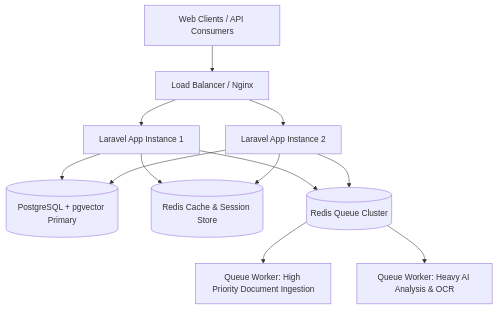
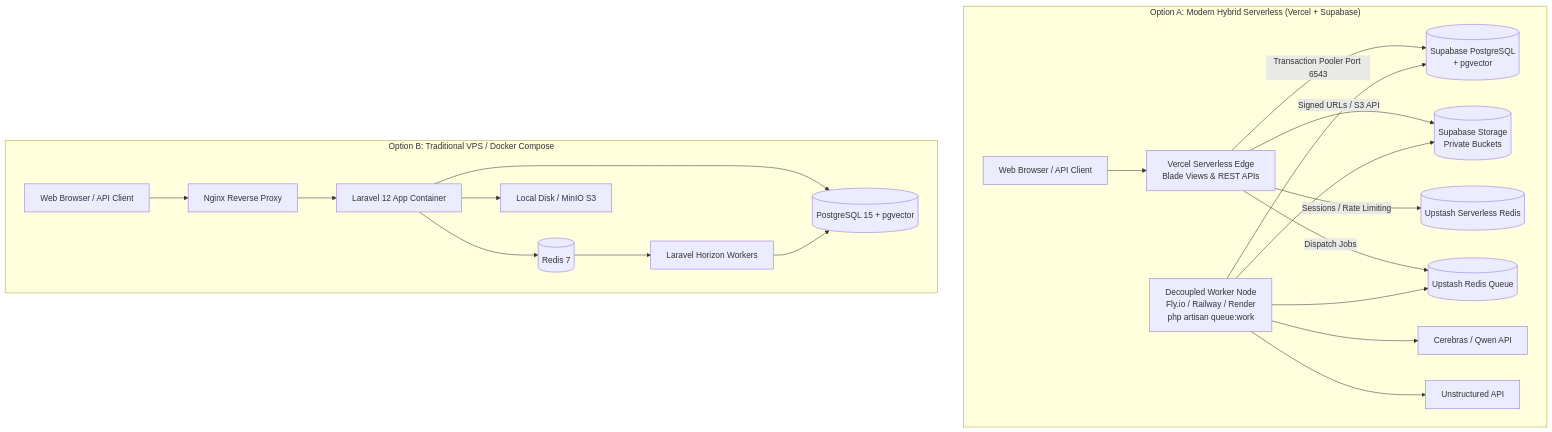
One commit to AlfredoAC1/Auditor-IA changed the fifth of 5 diagrams in PROJECT_DEFENSE_DOCUMENTATION.md. Above: the diagram before and after it, drawn with Mermaid. The commit also changed other lines of this file, not shown here.

Commit message:
docs: update project defense documentation to version 1.2 with expanded technical stack and architecture details

````diff
--- a/PROJECT_DEFENSE_DOCUMENTATION.md
+++ b/PROJECT_DEFENSE_DOCUMENTATION.md
@@ -1145,14 +607,25 @@
 ```mermaid
-graph TD
-    Client[Web Clients / API Consumers] --> ALB[Load Balancer / Nginx]
-    ALB --> AppNode1[Laravel App Instance 1]
-    ALB --> AppNode2[Laravel App Instance 2]
-    AppNode1 --> DB[(PostgreSQL + pgvector Primary)]
-    AppNode2 --> DB
-    AppNode1 --> Cache[(Redis Cache & Session Store)]
-    AppNode2 --> Cache
-    AppNode1 --> Queue[(Redis Queue Cluster)]
-    AppNode2 --> Queue
-    Queue --> Worker1[Queue Worker: High Priority Document Ingestion]
-    Queue --> Worker2[Queue Worker: Heavy AI Analysis & OCR]
+graph TB
+    subgraph HYBRID["Option A: Modern Hybrid Serverless (Vercel + Supabase)"]
+        CLIENT1[Web Browser / API Client] --> VERCEL[Vercel Serverless Edge\nBlade Views & REST APIs]
+        VERCEL -->|Transaction Pooler Port 6543| SUPA_DB[(Supabase PostgreSQL\n+ pgvector)]
+        VERCEL -->|Signed URLs / S3 API| SUPA_STORE[(Supabase Storage\nPrivate Buckets)]
+        VERCEL -->|Sessions / Rate Limiting| UPSTASH[(Upstash Serverless Redis)]
+        VERCEL -->|Dispatch Jobs| QUEUE_REDIS[(Upstash Redis Queue)]
+        WORKER_NODE[Decoupled Worker Node\nFly.io / Railway / Render\nphp artisan queue:work] --> QUEUE_REDIS
+        WORKER_NODE --> SUPA_DB
+        WORKER_NODE --> SUPA_STORE
+        WORKER_NODE --> CEREBRAS_API[Cerebras / Qwen API]
+        WORKER_NODE --> UNSTRUCT_API[Unstructured API]
+    end
+
+    subgraph DOCKER["Option B: Traditional VPS / Docker Compose"]
+        CLIENT2[Web Browser / API Client] --> NGINX[Nginx Reverse Proxy]
+        NGINX --> LARAVEL_APP[Laravel 12 App Container]
+        LARAVEL_APP --> LOCAL_PG[(PostgreSQL 15 + pgvector)]
+        LARAVEL_APP --> LOCAL_REDIS[(Redis 7)]
+        LARAVEL_APP --> LOCAL_STORAGE[Local Disk / MinIO S3]
+        LOCAL_REDIS --> HORIZON[Laravel Horizon Workers]
+        HORIZON --> LOCAL_PG
+    end
 ```
````
